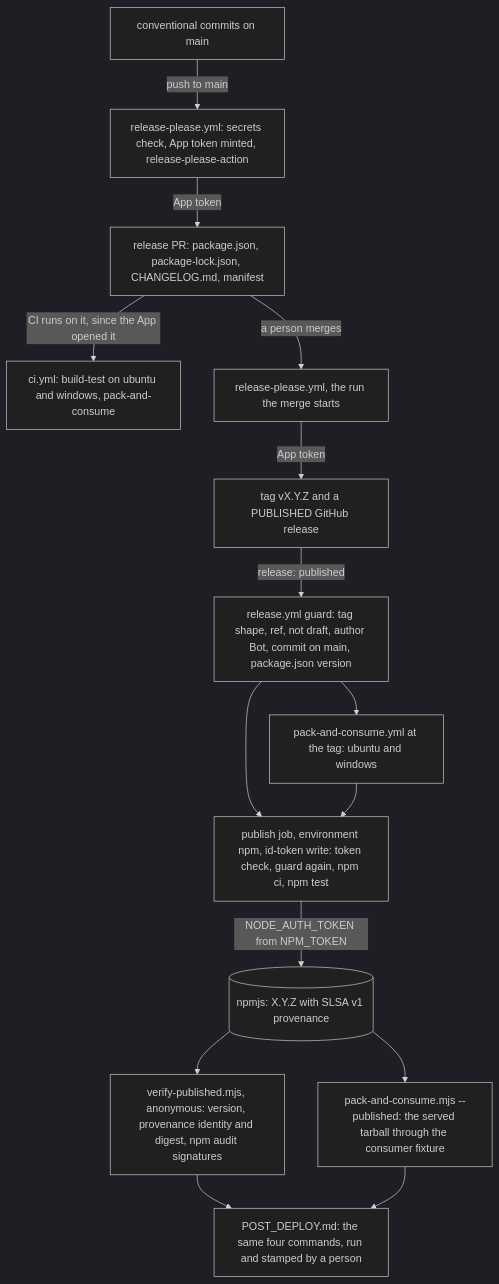
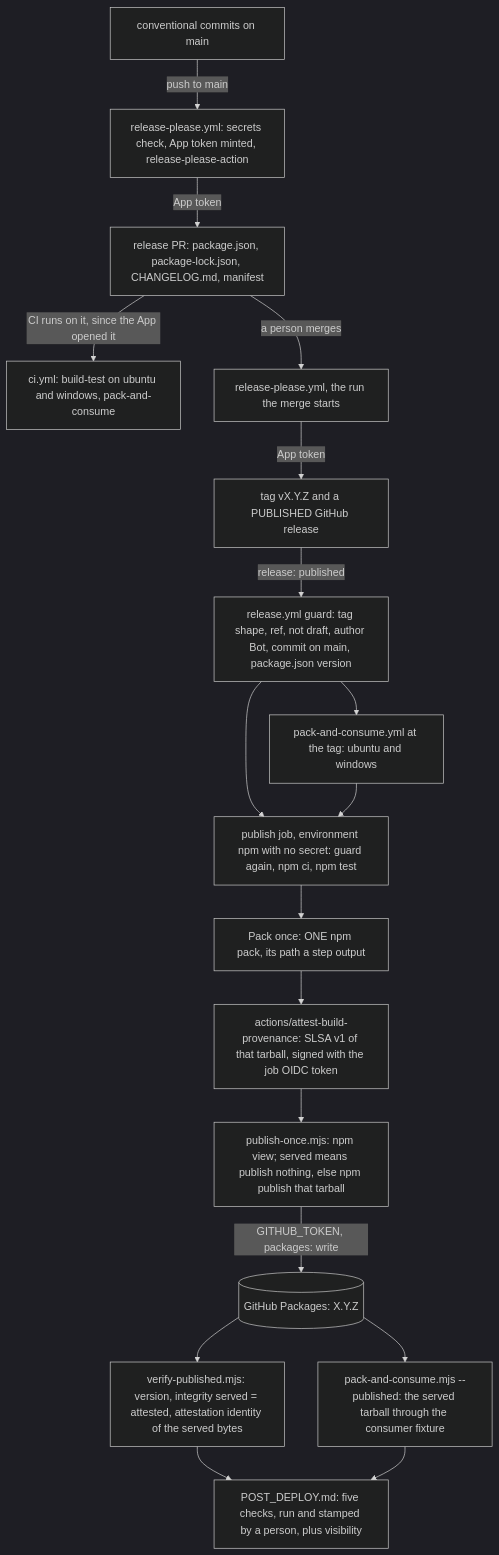
One commit to oleksandrdubyna88/dew_flow_vscode_kit changed the fifth of 5 diagrams in research/architecture.md. Above: the diagram before and after it, drawn with Mermaid (dark theme). The commit also changed other lines of this file and 20 other files, not shown here.

First line of the commit message:
fix: publish to GitHub Packages with an artifact attestation; 0.1.0 never reached a registry (#11)

````diff
--- a/research/architecture.md
+++ b/research/architecture.md
@@ -337,17 +341,20 @@
 ```mermaid
 flowchart TB
   commits["conventional commits on main"] -->|"push to main"| rp["release-please.yml: secrets check, App token minted, release-please-action"]
   rp -->|"App token"| pr["release PR: package.json, package-lock.json, CHANGELOG.md, manifest"]
   pr -->|"CI runs on it, since the App opened it"| ci["ci.yml: build-test on ubuntu and windows, pack-and-consume"]
   pr -->|"a person merges"| rp2["release-please.yml, the run the merge starts"]
   rp2 -->|"App token"| rel["tag vX.Y.Z and a PUBLISHED GitHub release"]
   rel -->|"release: published"| guard["release.yml guard: tag shape, ref, not draft, author Bot, commit on main, package.json version"]
   guard --> pac["pack-and-consume.yml at the tag: ubuntu and windows"]
   guard --> pub
-  pac --> pub["publish job, environment npm, id-token write: token check, guard again, npm ci, npm test"]
-  pub -->|"NODE_AUTH_TOKEN from NPM_TOKEN"| npm[("npmjs: X.Y.Z with SLSA v1 provenance")]
-  npm --> verify["verify-published.mjs, anonymous: version, provenance identity and digest, npm audit signatures"]
-  npm --> fixture["pack-and-consume.mjs --published: the served tarball through the consumer fixture"]
-  verify --> pd["POST_DEPLOY.md: the same four commands, run and stamped by a person"]
+  pac --> pub["publish job, environment npm with no secret: guard again, npm ci, npm test"]
+  pub --> pack["Pack once: ONE npm pack, its path a step output"]
+  pack --> att["actions/attest-build-provenance: SLSA v1 of that tarball, signed with the job OIDC token"]
+  att --> once["publish-once.mjs: npm view; served means publish nothing, else npm publish that tarball"]
+  once -->|"GITHUB_TOKEN, packages: write"| reg[("GitHub Packages: X.Y.Z")]
+  reg --> verify["verify-published.mjs: version, integrity served = attested, attestation identity of the served bytes"]
+  reg --> fixture["pack-and-consume.mjs --published: the served tarball through the consumer fixture"]
+  verify --> pd["POST_DEPLOY.md: five checks, run and stamped by a person, plus visibility"]
   fixture --> pd
 ```
````
